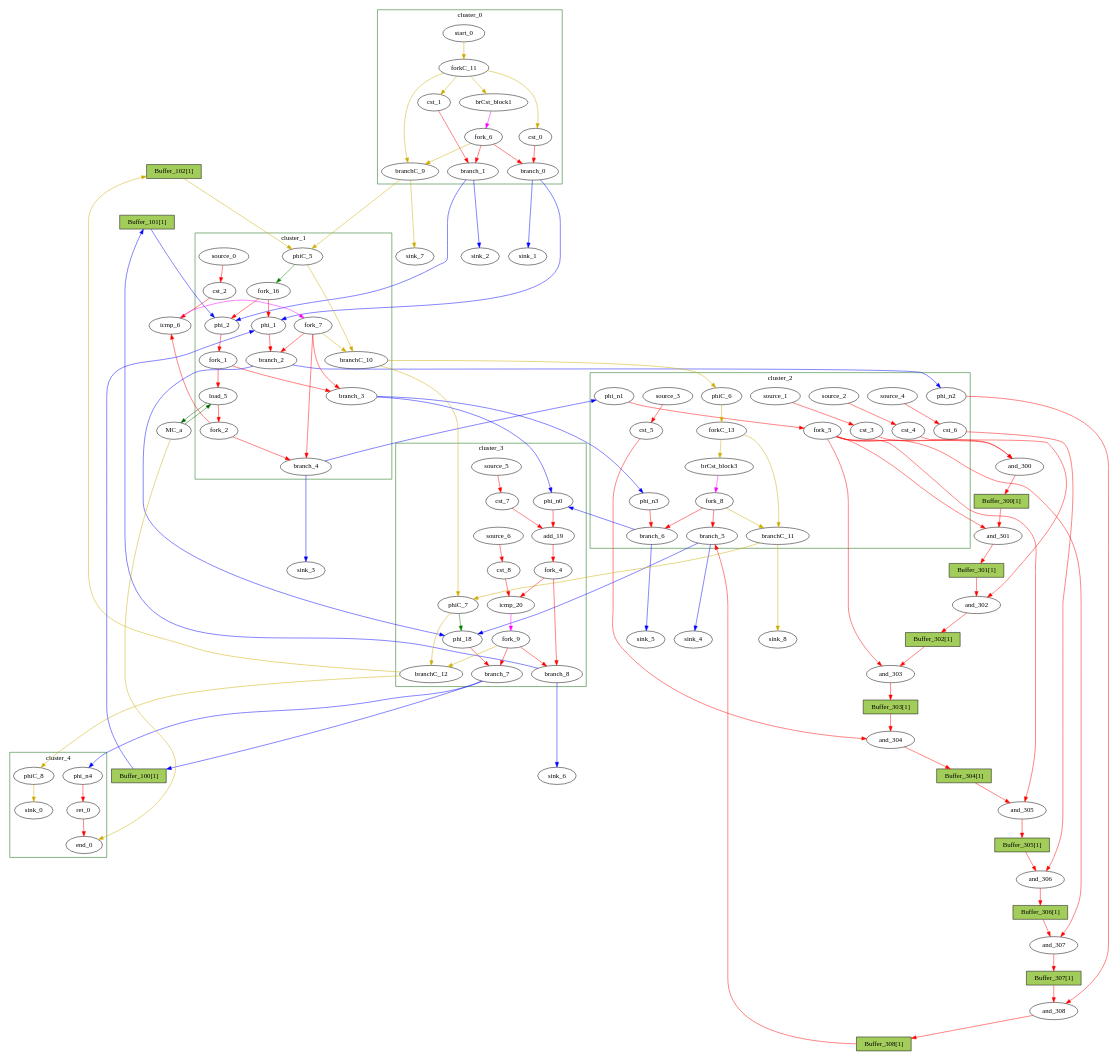
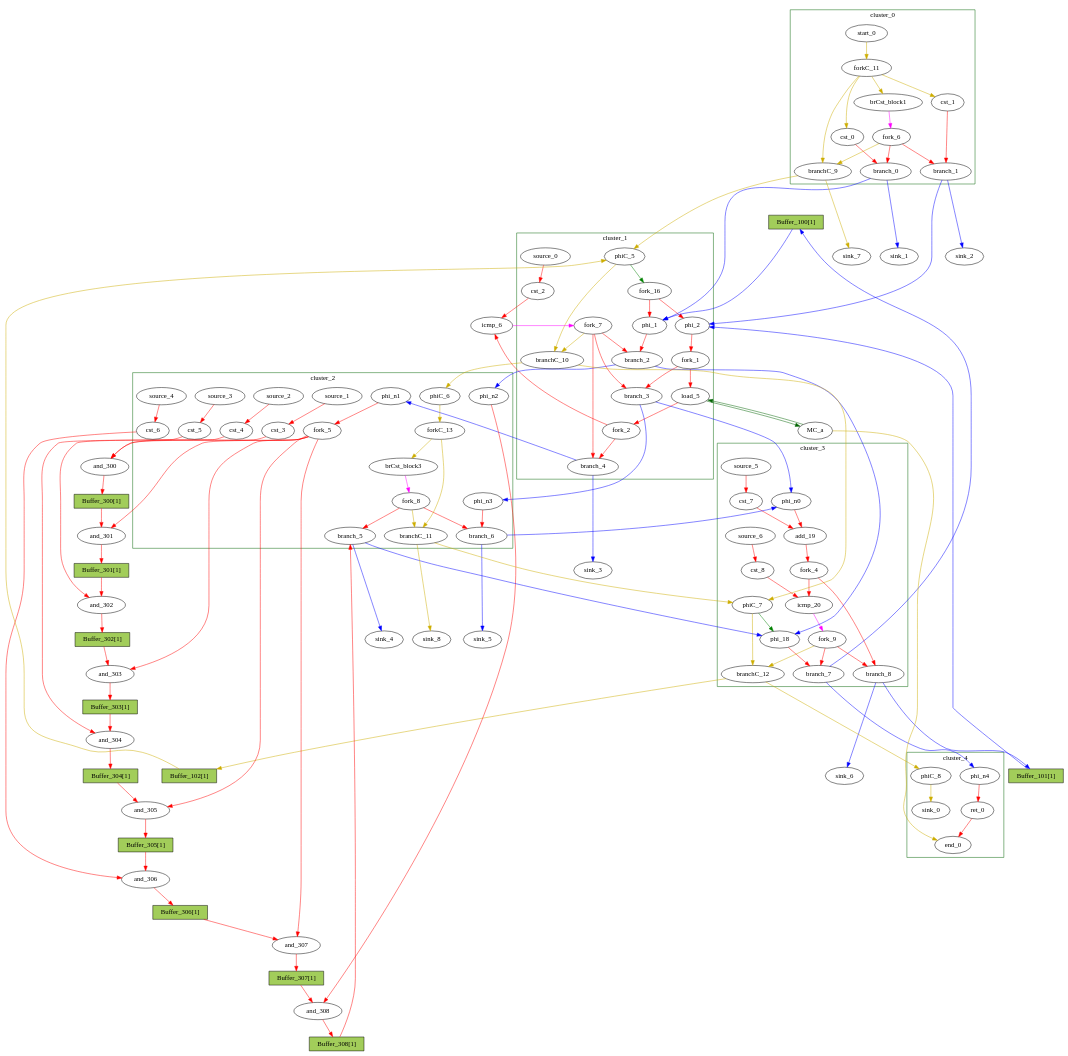
Before and after one commit to Nozidoali/MapBuf: the diagram in RegressionTest/Examples/gsum/reports/gsum_decoy.dot, drawn with Graphviz. The commit also changed other lines of this file and 100 other files, not shown here.

```diff
--- a/RegressionTest/Examples/gsum/reports/gsum_decoy.dot
+++ b/RegressionTest/Examples/gsum/reports/gsum_decoy.dot
@@ -12,6 +12,24 @@
 		"start_0" [type="Entry", in="in1:0", out="out1:0", bbID=1, control="true"];
 		"forkC_11" [type="Fork", in="in1:0", out="out1:0 out2:0 out3:0 out4:0 ", bbID=1];
 		"branchC_9" [type="Branch", in="in1:0 in2?:1", out="out1+:0 out2-:0", bbID=1];
+	}
+	subgraph cluster_cluster_3 {
+	color = "darkgreen";
+label = "cluster_3";
+		"phi_18" [type="Mux", in="in1?:1 in2:32 in3:32 ", out="out1:32", bbID=4, delay=1.397];
+		"cst_7" [type="Constant", in="in1:1", out="out1:1", bbID=4, value="0x00000001"];
+		"add_19" [type="Operator", in="in1:10 in2:10 ", out="out1:10 ", bbID=4, II=1, delay=2.287, latency=0, op="add_op"];
+		"cst_8" [type="Constant", in="in1:10", out="out1:10", bbID=4, value="0x000003E8"];
+		"icmp_20" [type="Operator", in="in1:10 in2:10 ", out="out1:1 ", bbID=4, II=1, delay=1.907, latency=0, op="icmp_ult_op"];
+		"phi_n0" [type="Merge", in="in1:10 in2:10 ", out="out1:10", bbID=4, delay=1.397];
+		"fork_4" [type="Fork", in="in1:10", out="out1:10 out2:10 ", bbID=4];
+		"branch_7" [type="Branch", in="in1:32 in2?:1", out="out1+:32 out2-:32", bbID=4];
+		"branch_8" [type="Branch", in="in1:10 in2?:1", out="out1+:10 out2-:10", bbID=4];
+		"fork_9" [type="Fork", in="in1:1", out="out1:1 out2:1 out3:1 ", bbID=4];
+		"phiC_7" [type="CntrlMerge", in="in1:0 in2:0 ", out="out1:0 out2?:1", bbID=4, delay=0.0];
+		"branchC_12" [type="Branch", in="in1:0 in2?:1", out="out1+:0 out2-:0", bbID=4];
+		"source_5" [type="Source", out="out1:1", bbID=4];
+		"source_6" [type="Source", out="out1:10", bbID=4];
 	}
 	subgraph cluster_cluster_1 {
 	color = "darkgreen";
@@ -30,6 +48,15 @@
 		"branchC_10" [type="Branch", in="in1:0 in2?:1", out="out1+:0 out2-:0", bbID=2];
 		"source_0" [type="Source", out="out1:32", bbID=2];
 		"fork_16" [type="Fork", in="in1:1", out="out1:1 out2:1 ", bbID=2];
+	}
+	subgraph cluster_cluster_4 {
+	color = "darkgreen";
+label = "cluster_4";
+		"ret_0" [type="Operator", in="in1:32 ", out="out1:32 ", bbID=5, II=1, delay=0.0, latency=0, op="ret_op"];
+		"phi_n4" [type="Merge", in="in1:32 ", out="out1:32", bbID=5, delay=0.0];
+		"end_0" [type="Exit", in="in1:0*e in2:32 ", out="out1:32", bbID=0];
+		"phiC_8" [type="Merge", in="in1:0 ", out="out1:0", bbID=5, delay=0.0];
+		"sink_0" [type="Sink", in="in1:0", bbID=0];
 	}
 	subgraph cluster_cluster_2 {
 	color = "darkgreen";
@@ -53,33 +80,6 @@
 		"source_2" [type="Source", out="out1:32", bbID=3];
 		"source_3" [type="Source", out="out1:32", bbID=3];
 		"source_4" [type="Source", out="out1:32", bbID=3];
-	}
-	subgraph cluster_cluster_3 {
-	color = "darkgreen";
-label = "cluster_3";
-		"phi_18" [type="Mux", in="in1?:1 in2:32 in3:32 ", out="out1:32", bbID=4, delay=1.397];
-		"cst_7" [type="Constant", in="in1:1", out="out1:1", bbID=4, value="0x00000001"];
-		"add_19" [type="Operator", in="in1:10 in2:10 ", out="out1:10 ", bbID=4, II=1, delay=2.287, latency=0, op="add_op"];
-		"cst_8" [type="Constant", in="in1:10", out="out1:10", bbID=4, value="0x000003E8"];
-		"icmp_20" [type="Operator", in="in1:10 in2:10 ", out="out1:1 ", bbID=4, II=1, delay=1.907, latency=0, op="icmp_ult_op"];
-		"phi_n0" [type="Merge", in="in1:10 in2:10 ", out="out1:10", bbID=4, delay=1.397];
-		"fork_4" [type="Fork", in="in1:10", out="out1:10 out2:10 ", bbID=4];
-		"branch_7" [type="Branch", in="in1:32 in2?:1", out="out1+:32 out2-:32", bbID=4];
-		"branch_8" [type="Branch", in="in1:10 in2?:1", out="out1+:10 out2-:10", bbID=4];
-		"fork_9" [type="Fork", in="in1:1", out="out1:1 out2:1 out3:1 ", bbID=4];
-		"phiC_7" [type="CntrlMerge", in="in1:0 in2:0 ", out="out1:0 out2?:1", bbID=4, delay=0.0];
-		"branchC_12" [type="Branch", in="in1:0 in2?:1", out="out1+:0 out2-:0", bbID=4];
-		"source_5" [type="Source", out="out1:1", bbID=4];
-		"source_6" [type="Source", out="out1:10", bbID=4];
-	}
-	subgraph cluster_cluster_4 {
-	color = "darkgreen";
-label = "cluster_4";
-		"ret_0" [type="Operator", in="in1:32 ", out="out1:32 ", bbID=5, II=1, delay=0.0, latency=0, op="ret_op"];
-		"phi_n4" [type="Merge", in="in1:32 ", out="out1:32", bbID=5, delay=0.0];
-		"end_0" [type="Exit", in="in1:0*e in2:32 ", out="out1:32", bbID=0];
-		"phiC_8" [type="Merge", in="in1:0 ", out="out1:0", bbID=5, delay=0.0];
-		"sink_0" [type="Sink", in="in1:0", bbID=0];
 	}
 		"MC_a" [type="MC", in="in1:10*l0a ", out="out1:32*l0d out2:0*e ", bbID=0, bbcount=0, ldcount=1, memory="a", stcount=0];
 		"sink_1" [type="Sink", in="in1:32", bbID=0];
```
